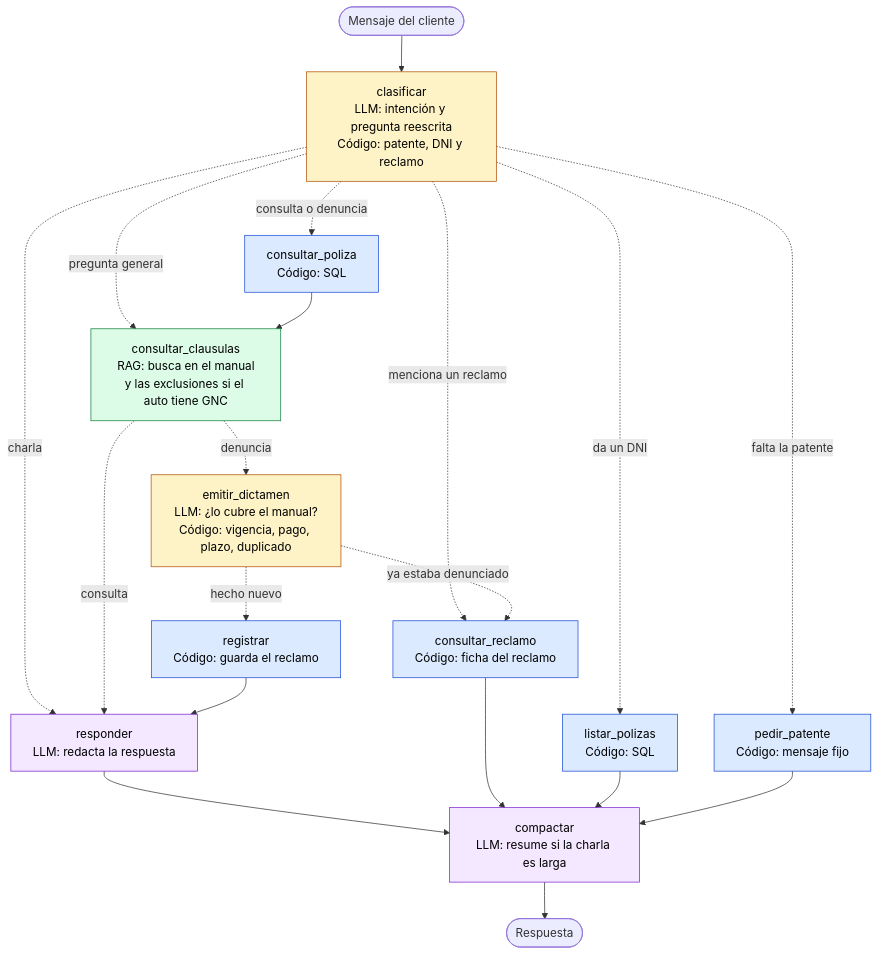
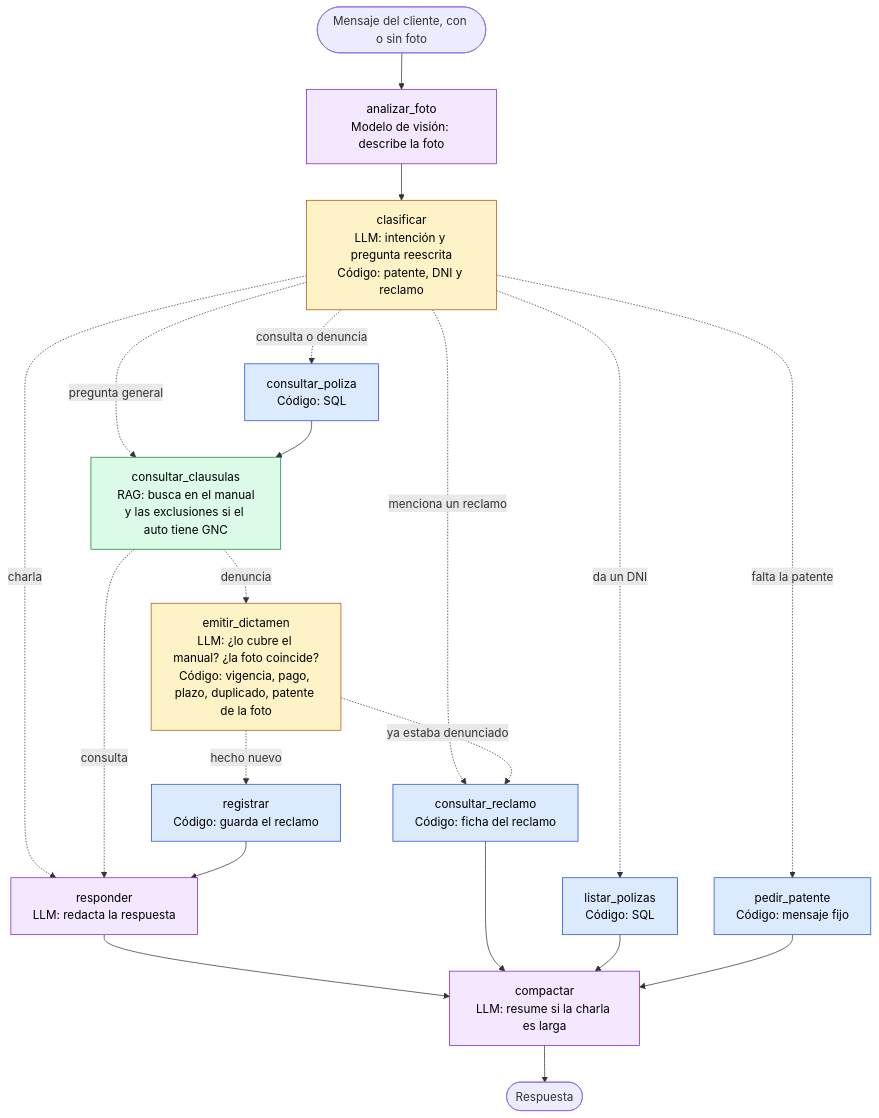
Before and after one commit to EscobarNico51380/crisSan: the diagram in DOCUMENTACION.md, drawn with Mermaid. The commit also changed other lines of this file and 14 other files, not shown here.

````diff
--- a/DOCUMENTACION.md
+++ b/DOCUMENTACION.md
@@ -986,35 +991,37 @@
 ```mermaid
 graph TD
-    inicio([Mensaje del cliente]) --> clasificar
+    inicio([Mensaje del cliente, con o sin foto]) --> analizar_foto
+    analizar_foto["analizar_foto<br/>Modelo de visión: describe la foto"]:::llm
+    analizar_foto --> clasificar
     clasificar["clasificar<br/>LLM: intención y pregunta reescrita<br/>Código: patente, DNI y reclamo"]:::mixto
     clasificar -. charla .-> responder
     clasificar -. pregunta general .-> consultar_clausulas
     clasificar -. menciona un reclamo .-> consultar_reclamo
     clasificar -. da un DNI .-> listar_polizas
     clasificar -. falta la patente .-> pedir_patente
     clasificar -. consulta o denuncia .-> consultar_poliza
     consultar_poliza["consultar_poliza<br/>Código: SQL"]:::codigo
     consultar_clausulas["consultar_clausulas<br/>RAG: busca en el manual<br/>y las exclusiones si el auto tiene GNC"]:::rag
-    emitir_dictamen["emitir_dictamen<br/>LLM: ¿lo cubre el manual?<br/>Código: vigencia, pago, plazo, duplicado"]:::mixto
+    emitir_dictamen["emitir_dictamen<br/>LLM: ¿lo cubre el manual? ¿la foto coincide?<br/>Código: vigencia, pago, plazo, duplicado, patente de la foto"]:::mixto
     registrar["registrar<br/>Código: guarda el reclamo"]:::codigo
     responder["responder<br/>LLM: redacta la respuesta"]:::llm
     consultar_reclamo["consultar_reclamo<br/>Código: ficha del reclamo"]:::codigo
     listar_polizas["listar_polizas<br/>Código: SQL"]:::codigo
     pedir_patente["pedir_patente<br/>Código: mensaje fijo"]:::codigo
     compactar["compactar<br/>LLM: resume si la charla es larga"]:::llm
     consultar_poliza --> consultar_clausulas
     consultar_clausulas -. denuncia .-> emitir_dictamen
     consultar_clausulas -. consulta .-> responder
     emitir_dictamen -. ya estaba denunciado .-> consultar_reclamo
     emitir_dictamen -. hecho nuevo .-> registrar
     registrar --> responder
     responder --> compactar
     consultar_reclamo --> compactar
     listar_polizas --> compactar
     pedir_patente --> compactar
     compactar --> fin([Respuesta])
     classDef codigo fill:#dbeafe,stroke:#1d4ed8,color:#000
     classDef rag fill:#dcfce7,stroke:#15803d,color:#000
     classDef llm fill:#f3e8ff,stroke:#7e22ce,color:#000
     classDef mixto fill:#fef3c7,stroke:#b45309,color:#000
 ```
````
